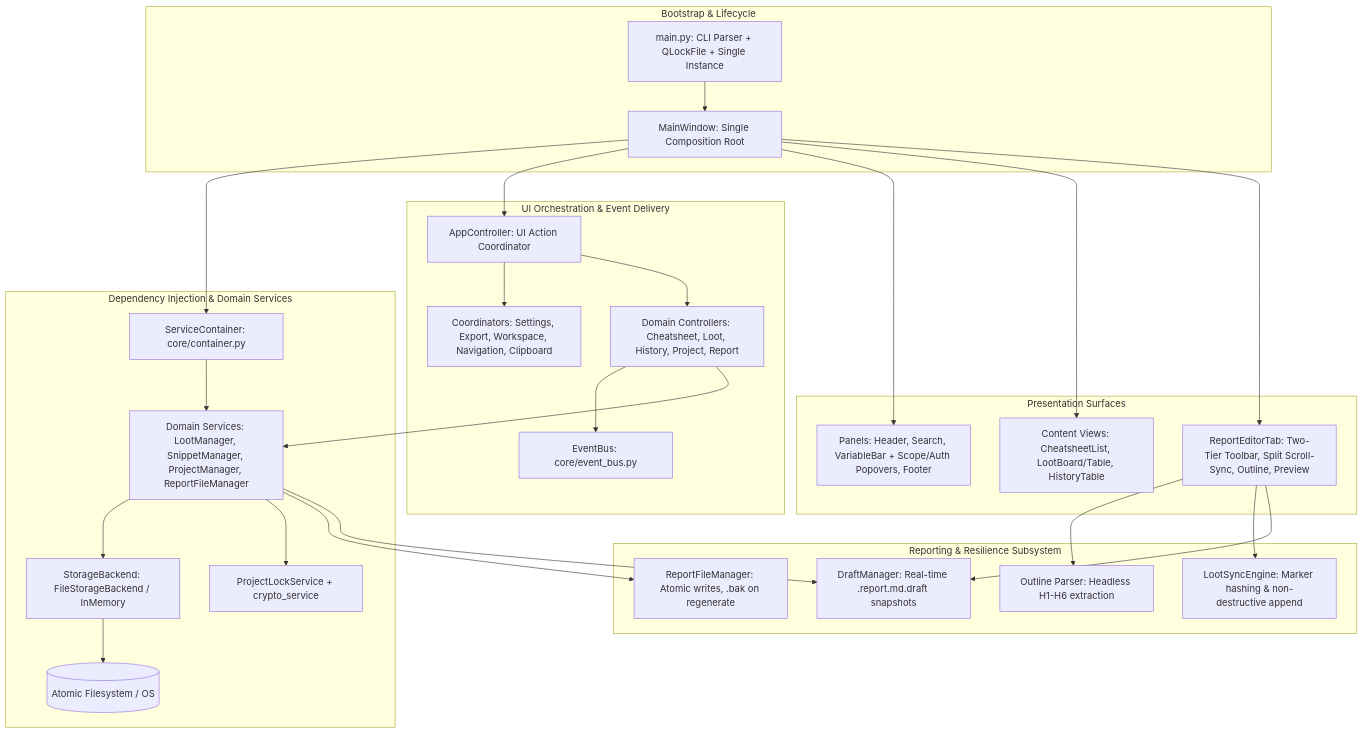
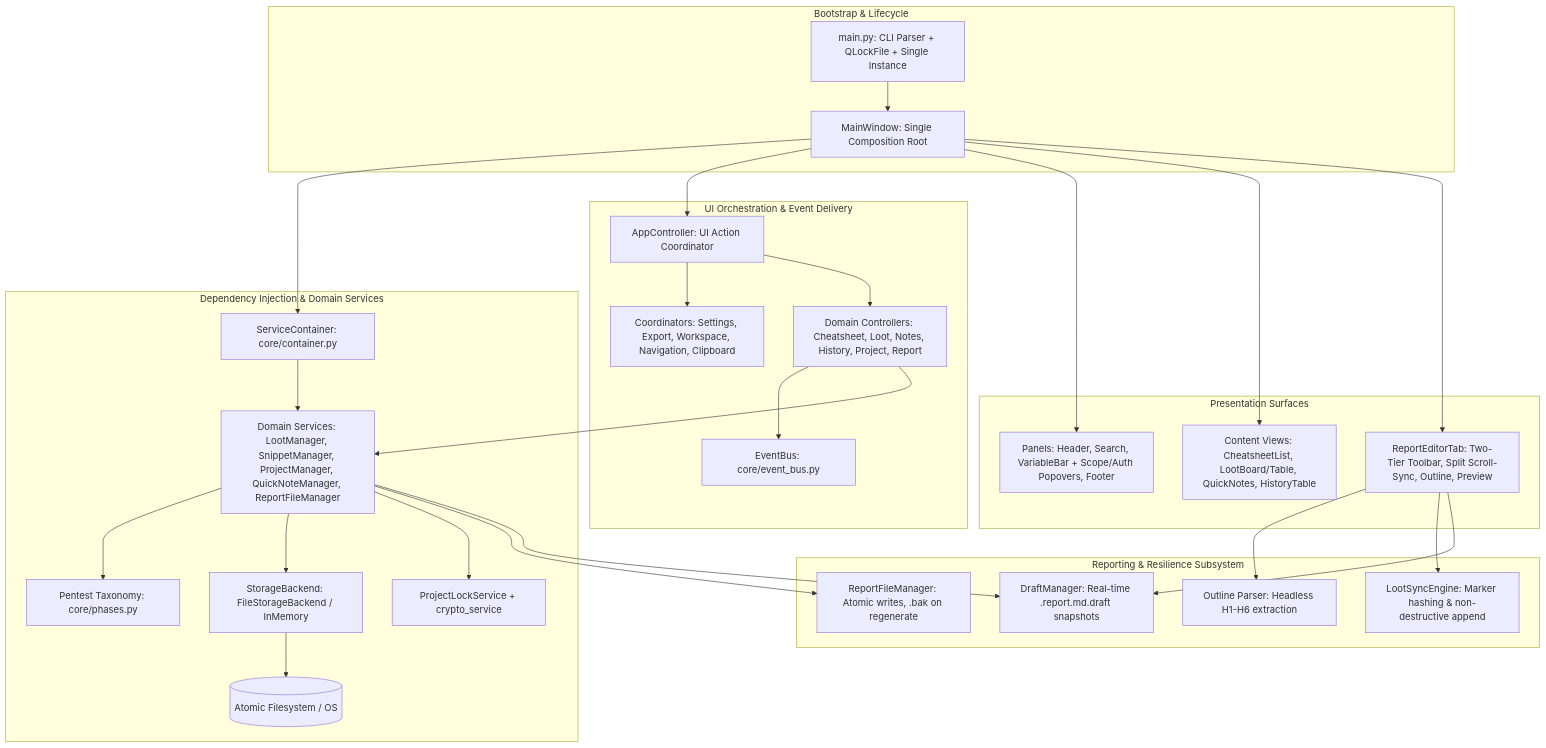
One commit to m1thraz/SpectreHUD changed the diagram in docs/architecture.md. Above: the diagram before and after it, drawn with Mermaid. The commit also changed other lines of this file and 2 other files, not shown here.

Commit message:
docs(changelog): update unreleased section with phase taxonomy and kanban card improvements

````diff
--- a/docs/architecture.md
+++ b/docs/architecture.md
@@ -18,36 +18,37 @@
 ```mermaid
 graph TD
     subgraph Bootstrap & Lifecycle
         Bootstrap[main.py: CLI Parser + QLockFile + Single Instance] --> Root[MainWindow: Single Composition Root]
     end
 
     subgraph Dependency Injection & Domain Services
         Root --> Container[ServiceContainer: core/container.py]
-        Container --> Services[Domain Services: LootManager, SnippetManager, ProjectManager, ReportFileManager]
+        Container --> Services[Domain Services: LootManager, SnippetManager, ProjectManager, QuickNoteManager, ReportFileManager]
+        Services --> Phases[Pentest Taxonomy: core/phases.py]
         Services --> Storage[StorageBackend: FileStorageBackend / InMemory]
         Services --> Security[ProjectLockService + crypto_service]
         Storage --> Filesystem[(Atomic Filesystem / OS)]
     end
 
     subgraph UI Orchestration & Event Delivery
         Root --> AppCtrl[AppController: UI Action Coordinator]
         AppCtrl --> Coordinators[Coordinators: Settings, Export, Workspace, Navigation, Clipboard]
-        AppCtrl --> DomainCtrls[Domain Controllers: Cheatsheet, Loot, History, Project, Report]
+        AppCtrl --> DomainCtrls[Domain Controllers: Cheatsheet, Loot, Notes, History, Project, Report]
         DomainCtrls --> EventBus[EventBus: core/event_bus.py]
         DomainCtrls --> Services
     end
 
     subgraph Presentation Surfaces
         Root --> Panels[Panels: Header, Search, VariableBar + Scope/Auth Popovers, Footer]
-        Root --> Views[Content Views: CheatsheetList, LootBoard/Table, HistoryTable]
+        Root --> Views[Content Views: CheatsheetList, LootBoard/Table, QuickNotes, HistoryTable]
         Root --> ReportTab[ReportEditorTab: Two-Tier Toolbar, Split Scroll-Sync, Outline, Preview]
     end
 
     subgraph Reporting & Resilience Subsystem
         Services --> ReportFM[ReportFileManager: Atomic writes, .bak on regenerate]
         Services --> DraftMgr[DraftManager: Real-time .report.md.draft snapshots]
         ReportTab --> Outline[Outline Parser: Headless H1-H6 extraction]
         ReportTab --> LootSync[LootSyncEngine: Marker hashing & non-destructive append]
         ReportTab --> DraftMgr
     end
 ```
````
